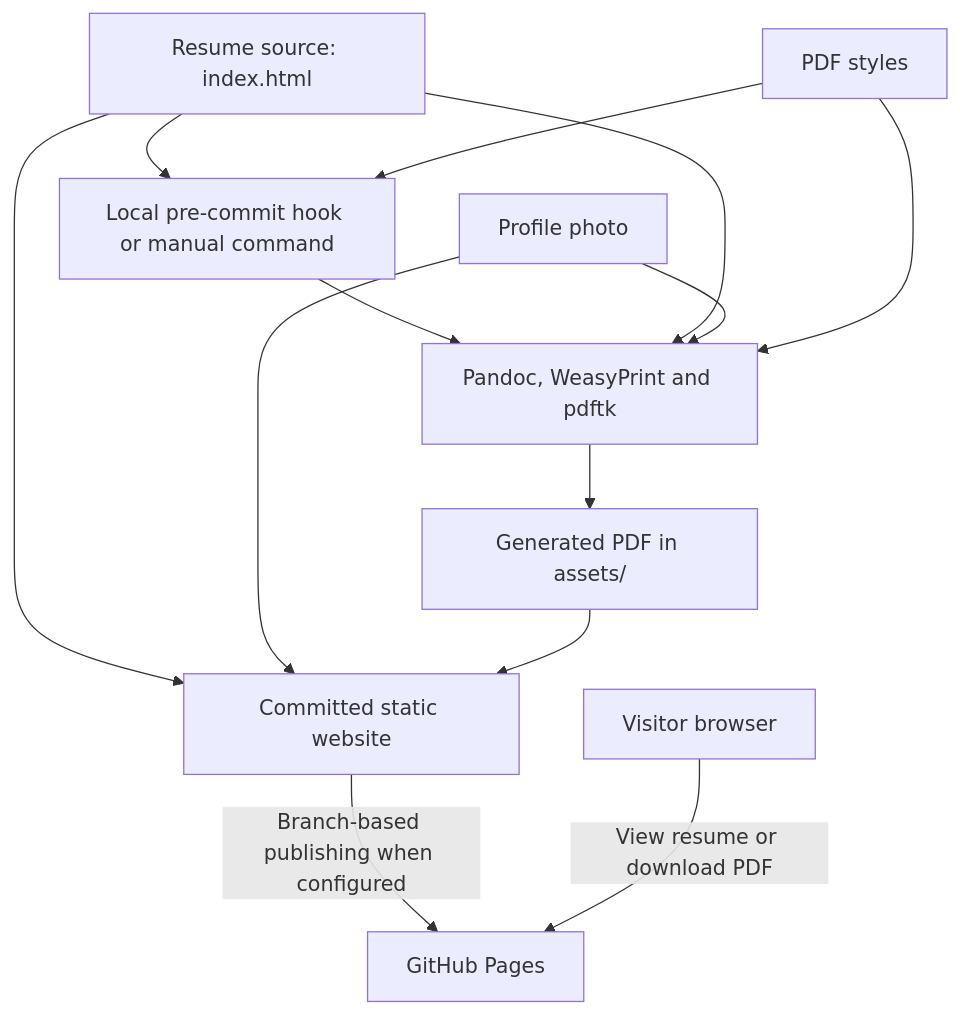
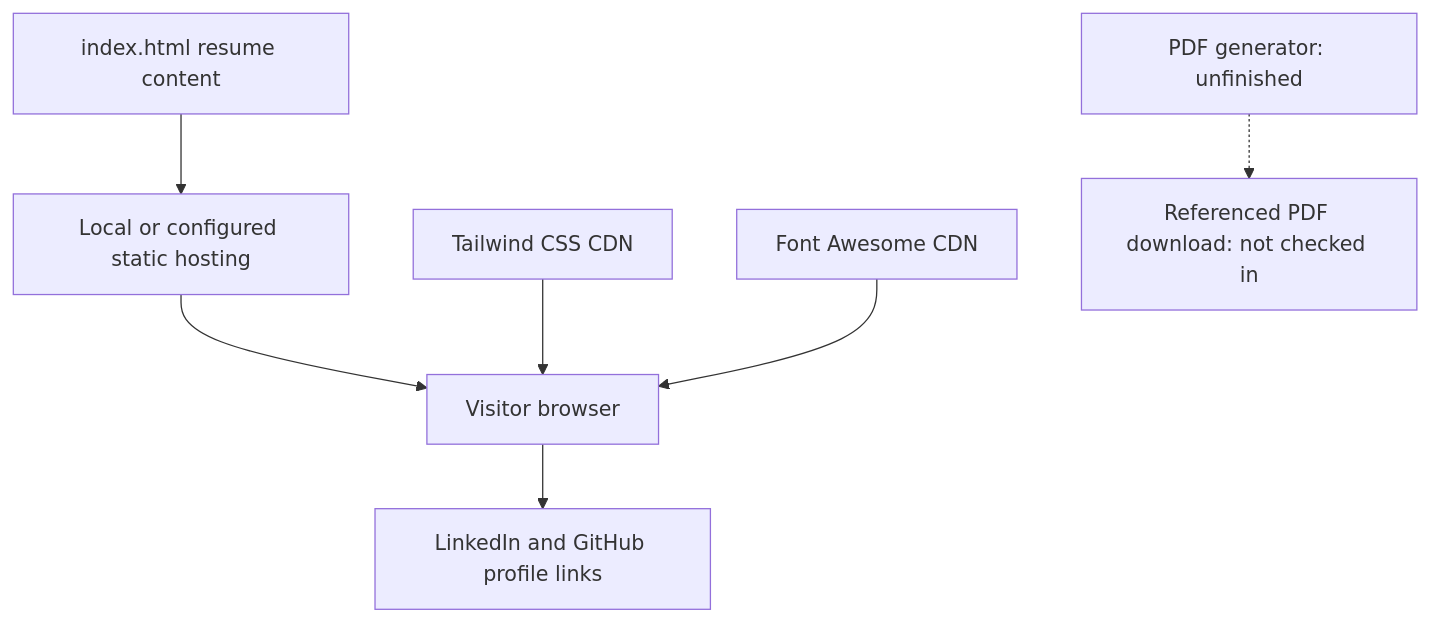
Before and after one commit to mtzanida/resume: the diagram in README.md, drawn with Mermaid. The commit also changed other lines of this file, not shown here.

Commit message:
docs: add concise overview and architecture diagram

````diff
--- a/README.md
+++ b/README.md
@@ -29,24 +9,9 @@
 ```mermaid
 flowchart TD
-    HTML["Resume source: index.html"]
-    Photo["Profile photo"]
-    CSS["PDF styles"]
-    Hook["Local pre-commit hook or manual command"]
-    Generator["Pandoc, WeasyPrint and pdftk"]
-    PDF["Generated PDF in assets/"]
-    Repo["Committed static website"]
-    Pages["GitHub Pages"]
-    Visitor["Visitor browser"]
-    HTML --> Hook
-    CSS --> Hook
-    Hook --> Generator
-    HTML --> Generator
-    Photo --> Generator
-    CSS --> Generator
-    Generator --> PDF
-    HTML --> Repo
-    Photo --> Repo
-    PDF --> Repo
-    Repo -->|"Branch-based publishing when configured"| Pages
-    Visitor -->|"View resume or download PDF"| Pages
+  Source["index.html resume content"] --> Server["Local or configured static hosting"]
+  Server --> Browser["Visitor browser"]
+  Tailwind["Tailwind CSS CDN"] --> Browser
+  Icons["Font Awesome CDN"] --> Browser
+  Browser --> Profile["LinkedIn and GitHub profile links"]
+  Future["PDF generator: unfinished"] -.-> PDF["Referenced PDF download: not checked in"]
 ```
````
